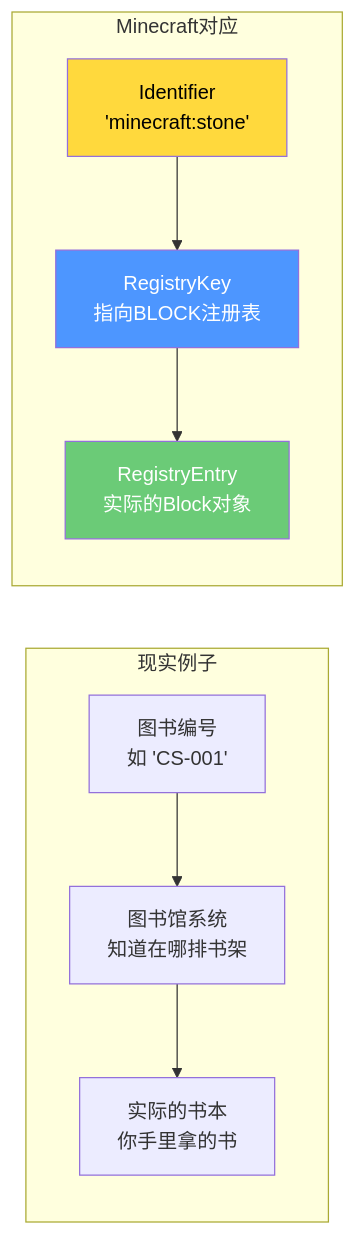
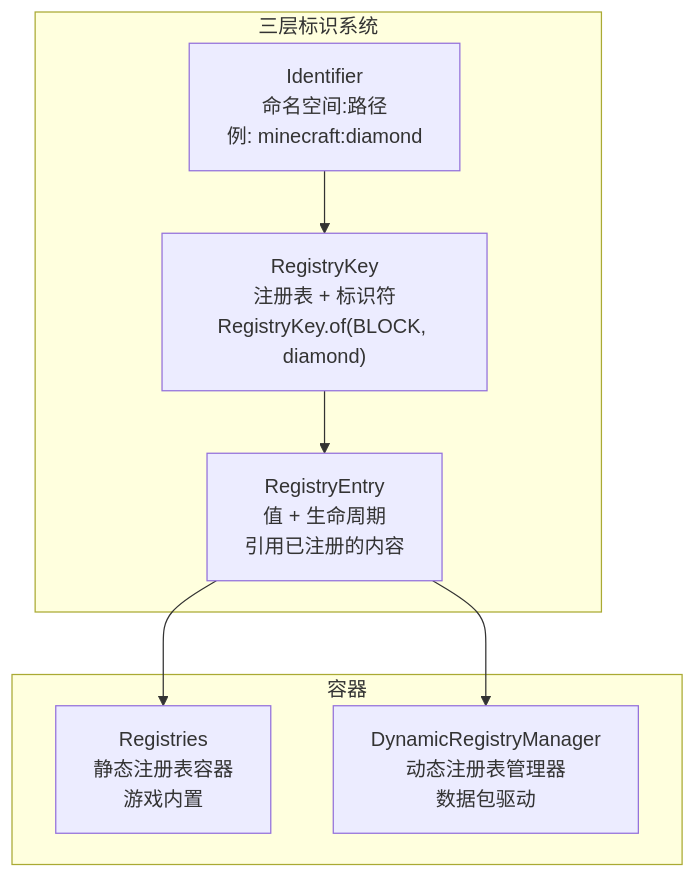
The first of 3 diagrams in content/mc/1.21/core/-/tutorials/Part-1-Foundation/04-registry-system.md (BaiGave/Minecraft-Learning), drawn with Mermaid before and after one commit. The commit also changed other lines of this file and 395 other files, not shown here.

````diff
--- a/content/mc/1.21/core/-/tutorials/Part-1-Foundation/04-registry-system.md
+++ b/content/mc/1.21/core/-/tutorials/Part-1-Foundation/04-registry-system.md
@@ -49,16 +37,15 @@
 ```mermaid
-flowchart LR
-    subgraph 现实例子["现实例子"]
-        A1["图书编号<br/>如 'CS-001'"] --> A2["图书馆系统<br/>知道在哪排书架"]
-        A2 --> A3["实际的书本<br/>你手里拿的书"]
+flowchart TB
+    subgraph 三层标识["三层标识系统"]
+        A["Identifier<br/>命名空间:路径<br/>例: minecraft:diamond"] --> B["RegistryKey<br/>注册表 + 标识符<br/>RegistryKey.of(BLOCK, diamond)"]
+        B --> C["RegistryEntry<br/>值 + 生命周期<br/>引用已注册的内容"]
     end
     
-    subgraph Minecraft对应["Minecraft对应"]
-        B1["Identifier<br/>'minecraft:stone'"] --> B2["RegistryKey<br/>指向BLOCK注册表"]
-        B2 --> B3["RegistryEntry<br/>实际的Block对象"]
+    subgraph 容器["容器"]
+        D["Registries<br/>静态注册表容器<br/>游戏内置"]
+        E["DynamicRegistryManager<br/>动态注册表管理器<br/>数据包驱动"]
     end
     
-    style B1 fill:#ffd93d,color:#000
-    style B2 fill:#4d96ff,color:#fff
-    style B3 fill:#6bcb77,color:#fff
+    C --> D
+    C --> E
 ```
````
